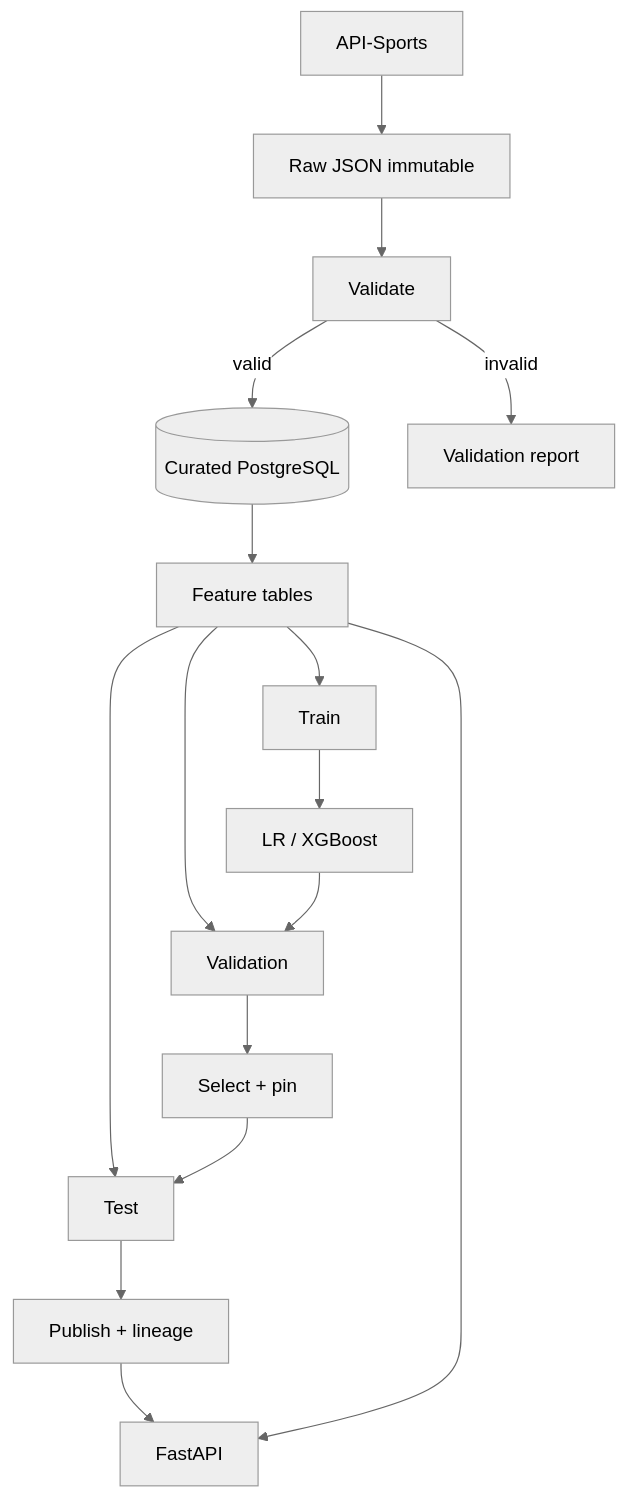
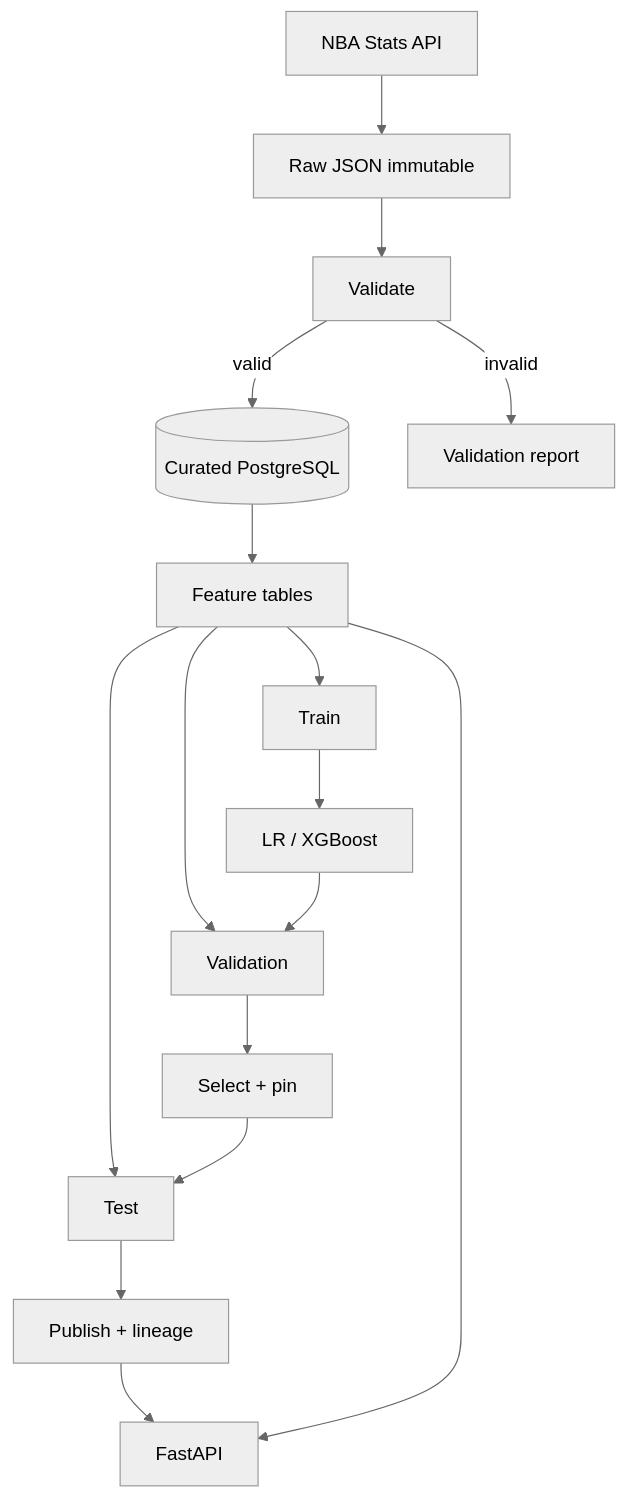
One commit to RoeeHadar/AthletIQ changed the diagram in docs/04-architecture/diagrams/data-ml-pipeline.mmd. Above: the diagram before and after it, drawn with Mermaid (neutral theme). The commit also changed 31 other files, not shown here.

First line of the commit message:
Bind live NBA ingest to the no-key NBA Stats API.

```diff
--- a/docs/04-architecture/diagrams/data-ml-pipeline.mmd
+++ b/docs/04-architecture/diagrams/data-ml-pipeline.mmd
@@ -1,16 +1,16 @@
 flowchart TD
-  P[API-Sports] --> R[Raw JSON immutable]
+  P[NBA Stats API] --> R[Raw JSON immutable]
   R --> V[Validate]
   V -->|valid| C[(Curated PostgreSQL)]
   V -->|invalid| VR[Validation report]
   C --> F[Feature tables]
   F --> T[Train]
   F --> Val[Validation]
   F --> Te[Test]
   T --> M[LR / XGBoost]
   M --> Val
   Val --> Sel[Select + pin]
   Sel --> Te
   Te --> Pub[Publish + lineage]
   Pub --> API[FastAPI]
   F --> API
```
